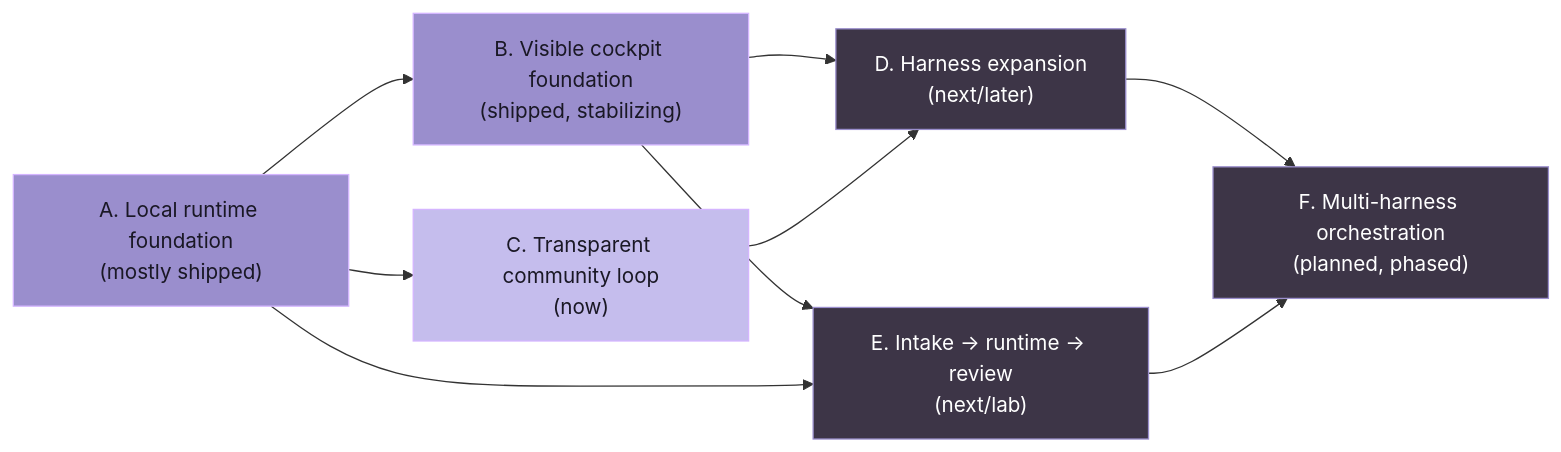
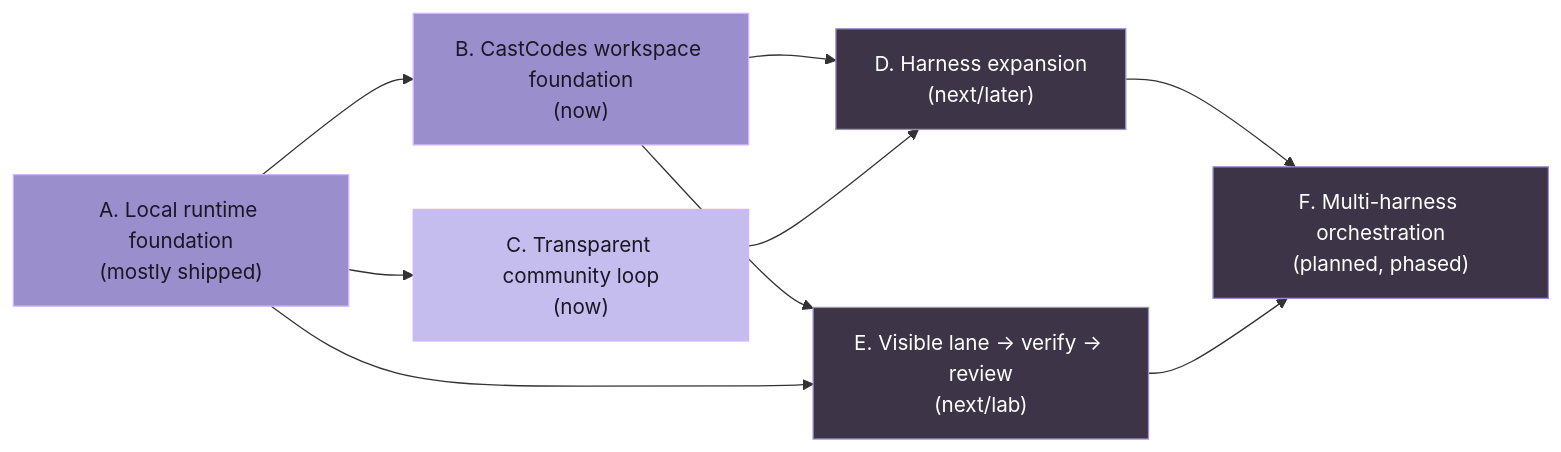
Before and after one commit to OpenCoven/coven: the diagram in docs/ROADMAP.md, drawn with Mermaid. The commit also changed other lines of this file and 37 other files, not shown here.

Commit message:
docs: make CastCodes Coven proof surface

````diff
--- a/docs/ROADMAP.md
+++ b/docs/ROADMAP.md
@@ -161,18 +197,18 @@
 ```mermaid
 flowchart LR
-  A["A. Local runtime foundation\n(mostly shipped)"] --> B["B. Visible cockpit foundation\n(shipped, stabilizing)"]
+  A["A. Local runtime foundation\n(mostly shipped)"] --> B["B. CastCodes workspace foundation\n(now)"]
   A --> C["C. Transparent community loop\n(now)"]
   B --> D["D. Harness expansion\n(next/later)"]
   C --> D
-  B --> E["E. Intake → runtime → review\n(next/lab)"]
+  B --> E["E. Visible lane → verify → review\n(next/lab)"]
   A --> E
   D --> F["F. Multi-harness orchestration\n(planned, phased)"]
   E --> F
 
   style A fill:#9A8ECD,stroke:#D4B5FF,color:#1A1825
   style B fill:#9A8ECD,stroke:#D4B5FF,color:#1A1825
   style C fill:#C5BDED,stroke:#D4B5FF,color:#1A1825
   style D fill:#3D3547,stroke:#9A8ECD,color:#fff
   style E fill:#3D3547,stroke:#9A8ECD,color:#fff
   style F fill:#3D3547,stroke:#9A8ECD,color:#fff
 ```
````
